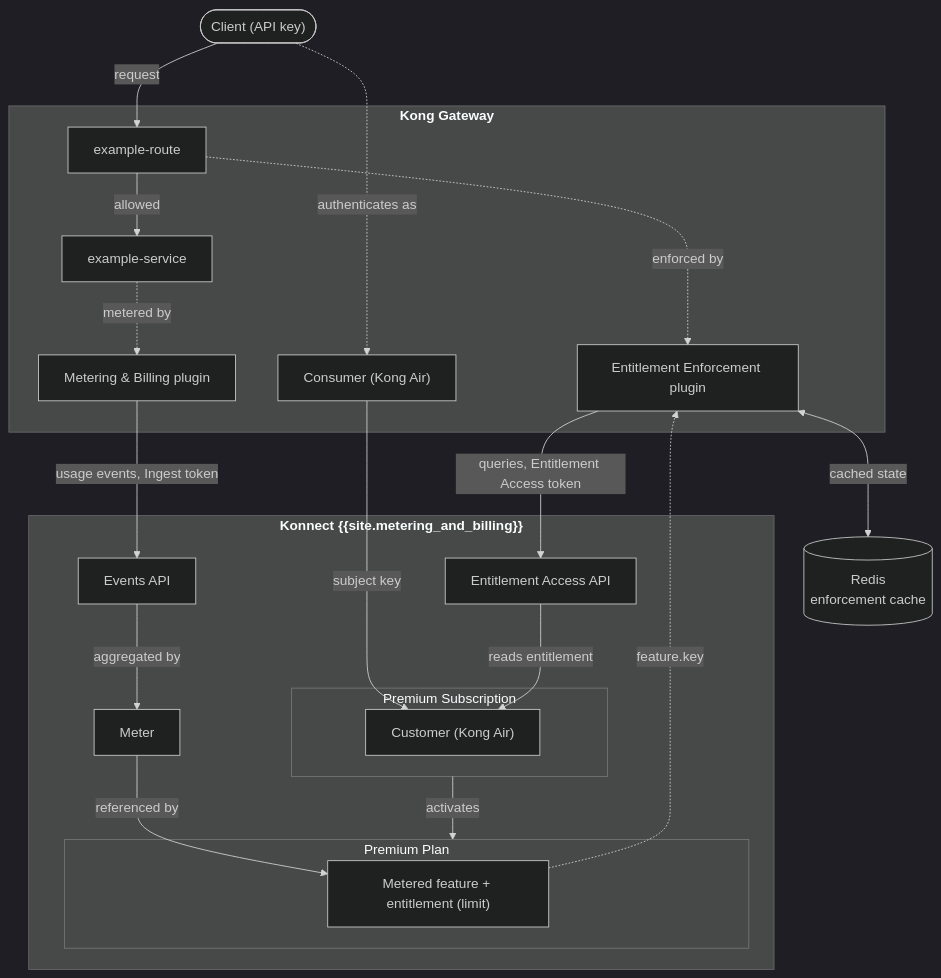
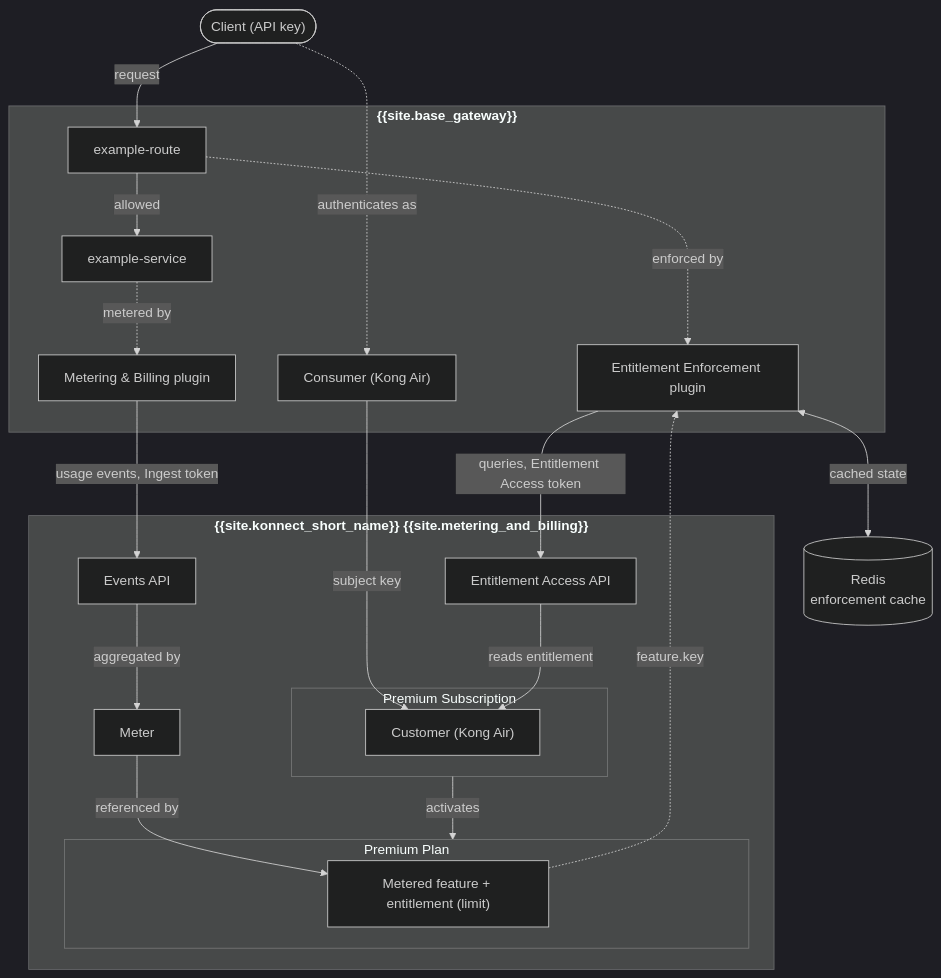
Before and after one commit to Kong/developer.konghq.com: the diagram in app/_how-tos/gateway/get-started-with-entitlement-enforcement.md, drawn with Mermaid (dark theme). The commit also changed other lines of this file and 3 other files, not shown here.

```diff
--- a/app/_how-tos/gateway/get-started-with-entitlement-enforcement.md
+++ b/app/_how-tos/gateway/get-started-with-entitlement-enforcement.md
@@ -149,38 +151,38 @@
 {% mermaid %}
 flowchart TB
   client(["Client (API key)"])
-  subgraph gateway["<b>Kong Gateway</b>"]
+  subgraph gateway["<b>{{site.base_gateway}}</b>"]
         route["example-route"]
         service["example-service"]
         consumer1["Consumer (Kong Air)"]
         enforcement["Entitlement Enforcement plugin"]
         metering["Metering & Billing plugin"]
   end
   redis[("Redis<br>enforcement cache")]
-  subgraph mb["<b>Konnect {{site.metering_and_billing}}</b>"]
+  subgraph mb["<b>{{site.konnect_short_name}} {{site.metering_and_billing}}</b>"]
         events["Events API"]
         access["Entitlement Access API"]
         meter["Meter"]
     subgraph plan["Premium Plan"]
           feature2["Metered feature + entitlement (limit)"]
     end
     subgraph subscription["Premium Subscription"]
           customer1["Customer (Kong Air)"]
     end
   end
     client -->|request| route
     route -.->|enforced by| enforcement
     route -->|allowed| service
     service -.->|metered by| metering
     client -.->|authenticates as| consumer1
     consumer1 -->|subject key| customer1
     metering -->|usage events, Ingest token| events
     events -->|aggregated by| meter
     meter -->|referenced by| feature2
     subscription -->|activates| plan
     enforcement -->|queries, Entitlement Access token| access
     access -->|reads entitlement| customer1
     enforcement <-->|cached state| redis
     feature2 -.->|feature.key| enforcement
 
 {% endmermaid %}
```
